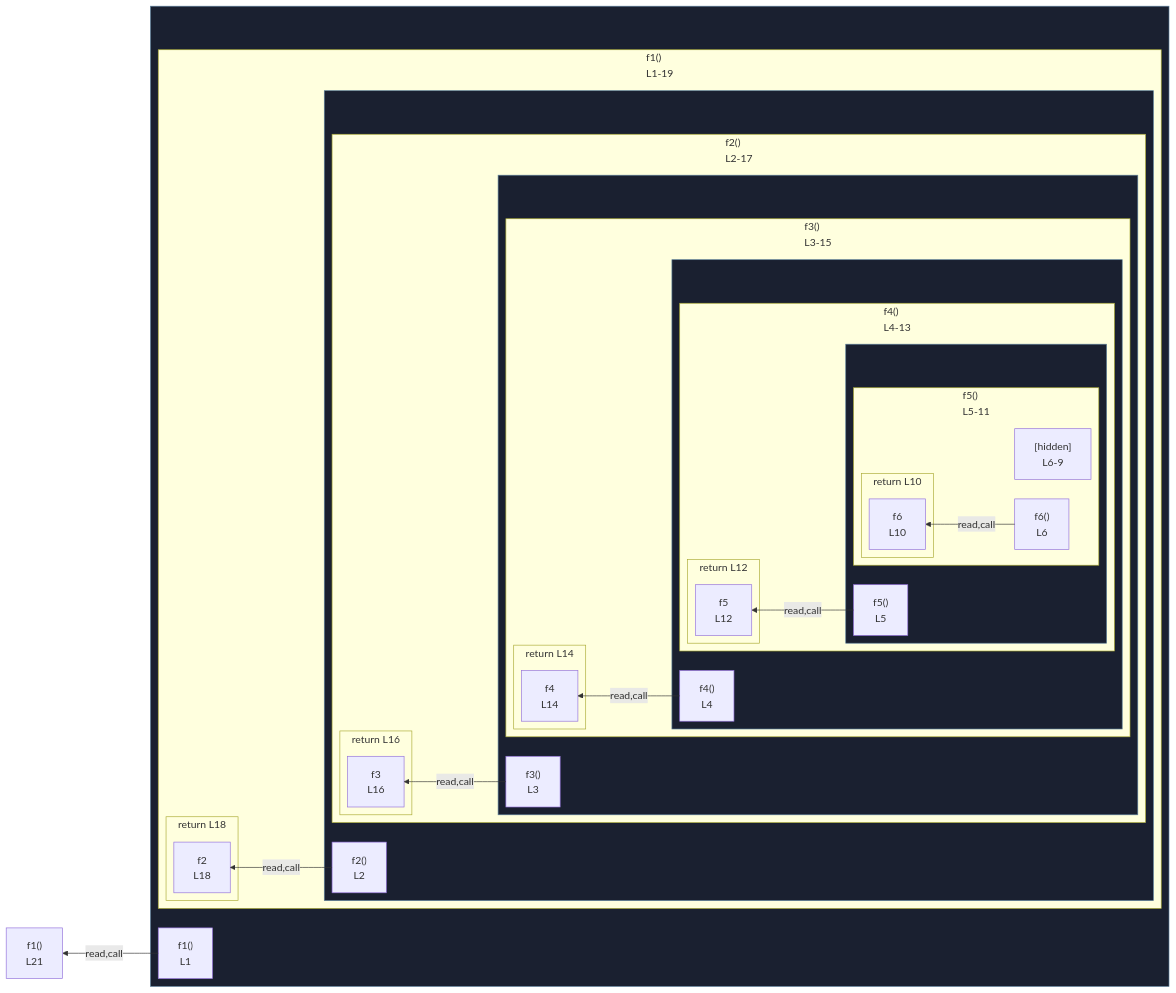
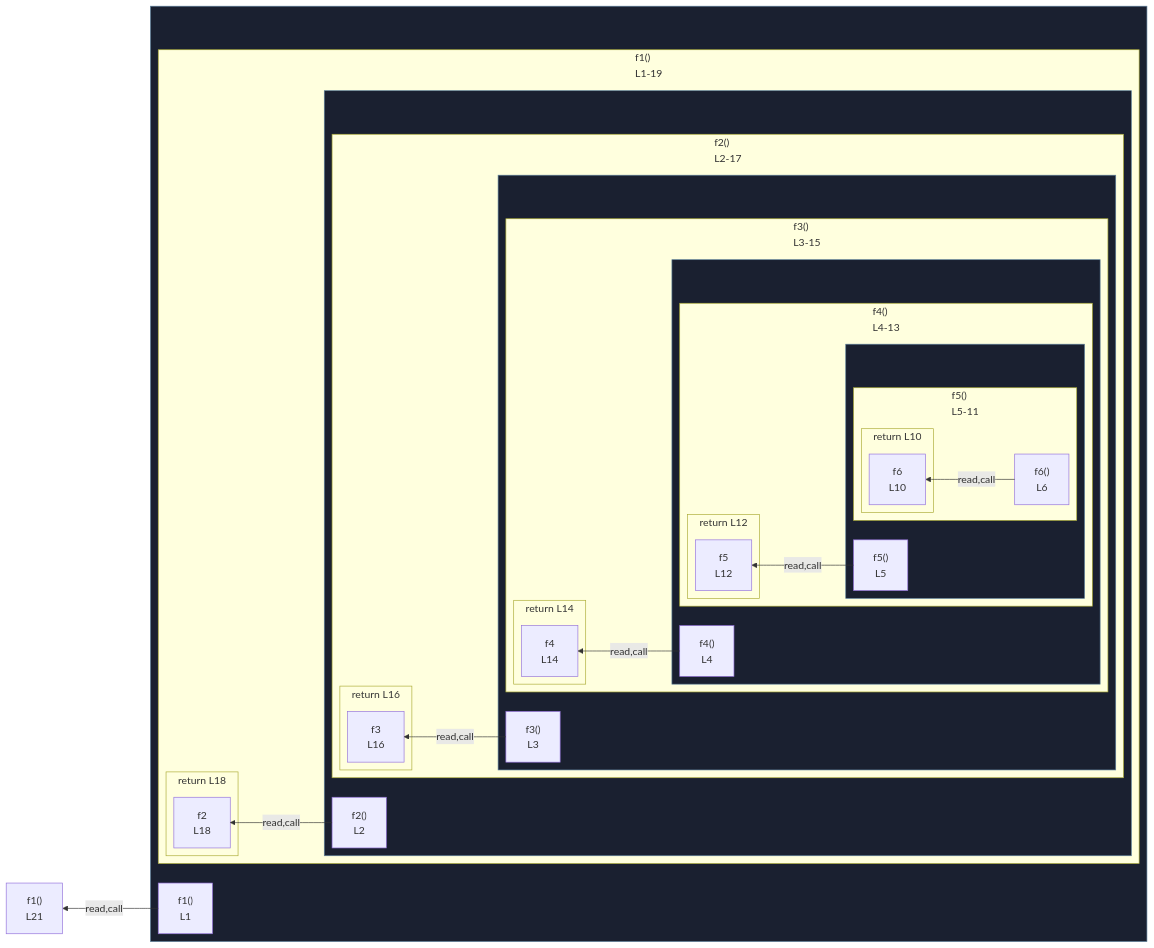
The diagram in integration/fixtures/app-behavior/depth/function/depth-5/preview.md (crescware/unsnarl), drawn with Mermaid before and after one commit. The commit also changed 96 other files, not shown here.

````diff
--- a/integration/fixtures/app-behavior/depth/function/depth-5/preview.md
+++ b/integration/fixtures/app-behavior/depth/function/depth-5/preview.md
@@ -31,74 +31,73 @@
 ```mermaid
 %%{init: {"flowchart": {"defaultRenderer": "elk"}}}%%
 flowchart RL
   subgraph wrap_s_scope_1[" "]
     direction TB
     n_scope_0_f1_9["f1()<br/>L1"]
     subgraph s_scope_1["f1()<br/>L1-19"]
       direction RL
       subgraph wrap_s_scope_2[" "]
         direction TB
         n_scope_1_f2_27["f2()<br/>L2"]
         subgraph s_scope_2["f2()<br/>L2-17"]
           direction RL
           subgraph wrap_s_scope_3[" "]
             direction TB
             n_scope_2_f3_47["f3()<br/>L3"]
             subgraph s_scope_3["f3()<br/>L3-15"]
               direction RL
               subgraph wrap_s_scope_4[" "]
                 direction TB
                 n_scope_3_f4_69["f4()<br/>L4"]
                 subgraph s_scope_4["f4()<br/>L4-13"]
                   direction RL
                   subgraph wrap_s_scope_5[" "]
                     direction TB
                     n_scope_4_f5_93["f5()<br/>L5"]
                     subgraph s_scope_5["f5()<br/>L5-11"]
                       direction RL
                       n_scope_5_f6_119["f6()<br/>L6"]
-                      collapsed_scope_6["[hidden]<br/>L6-9"]
                       subgraph s_return_scope_4_f5_93_195_207["return L10"]
                         direction RL
                         ret_use_ref_2["f6<br/>L10"]
                       end
                     end
                   end
                   subgraph s_return_scope_3_f4_69_226_238["return L12"]
                     direction RL
                     ret_use_ref_3["f5<br/>L12"]
                   end
                 end
               end
               subgraph s_return_scope_2_f3_47_253_265["return L14"]
                 direction RL
                 ret_use_ref_4["f4<br/>L14"]
               end
             end
           end
           subgraph s_return_scope_1_f2_27_276_288["return L16"]
             direction RL
             ret_use_ref_5["f3<br/>L16"]
           end
         end
       end
       subgraph s_return_scope_0_f1_9_295_307["return L18"]
         direction RL
         ret_use_ref_6["f2<br/>L18"]
       end
     end
   end
   n_scope_5_f6_119 -->|read,call| ret_use_ref_2
   n_scope_4_f5_93 -->|read,call| ret_use_ref_3
   n_scope_3_f4_69 -->|read,call| ret_use_ref_4
   n_scope_2_f3_47 -->|read,call| ret_use_ref_5
   n_scope_1_f2_27 -->|read,call| ret_use_ref_6
   n_scope_0_f1_9 -->|read,call| expr_stmt_311
   expr_stmt_311["f1()<br/>L21"]
   classDef fnWrap fill:#1a2030,stroke:#5a7d99;
   class wrap_s_scope_1 fnWrap;
   class wrap_s_scope_2 fnWrap;
   class wrap_s_scope_3 fnWrap;
   class wrap_s_scope_4 fnWrap;
   class wrap_s_scope_5 fnWrap;
 ```
````
